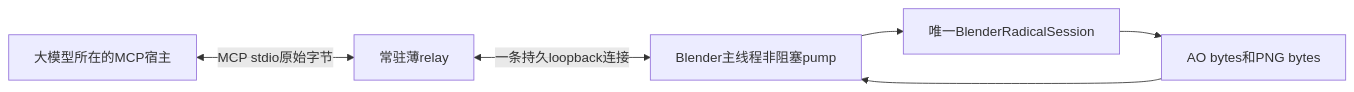
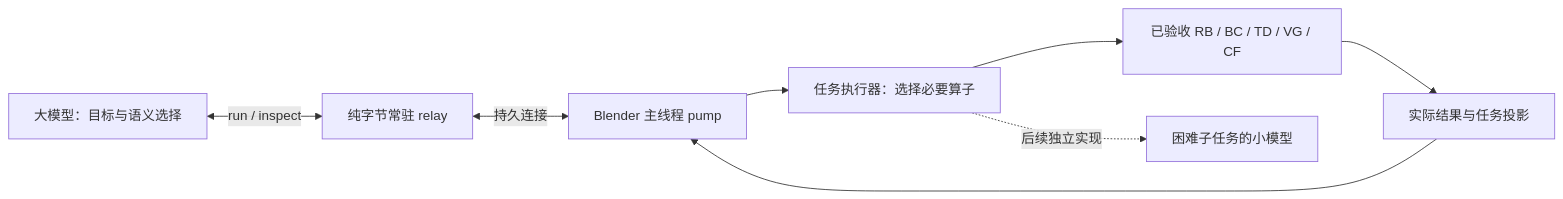
Before and after one commit to swenbo1-web/human-eye: the diagram in docs/LLM_ENTRY_ARCHITECTURE.md, drawn with Mermaid. The commit also changed other lines of this file and 9 other files, not shown here.

````diff
--- a/docs/LLM_ENTRY_ARCHITECTURE.md
+++ b/docs/LLM_ENTRY_ARCHITECTURE.md
@@ -22,8 +21,10 @@
 ```mermaid
 flowchart LR
-  M[大模型所在的MCP宿主] <-->|MCP stdio原始字节| R[常驻薄relay]
-  R <-->|一条持久loopback连接| P[Blender主线程非阻塞pump]
-  P --> S[唯一BlenderRadicalSession]
-  S --> O[AO bytes和PNG bytes]
-  O --> P
+  M[大模型：目标与语义选择] <-->|run / inspect| R[纯字节常驻 relay]
+  R <-->|持久连接| P[Blender 主线程 pump]
+  P --> T[任务执行器：选择必要算子]
+  T --> C[已验收 RB / BC / TD / VG / CF]
+  C --> D[实际结果与任务投影]
+  D --> P
+  T -.后续独立实现.-> S[困难子任务的小模型]
 ```
````
